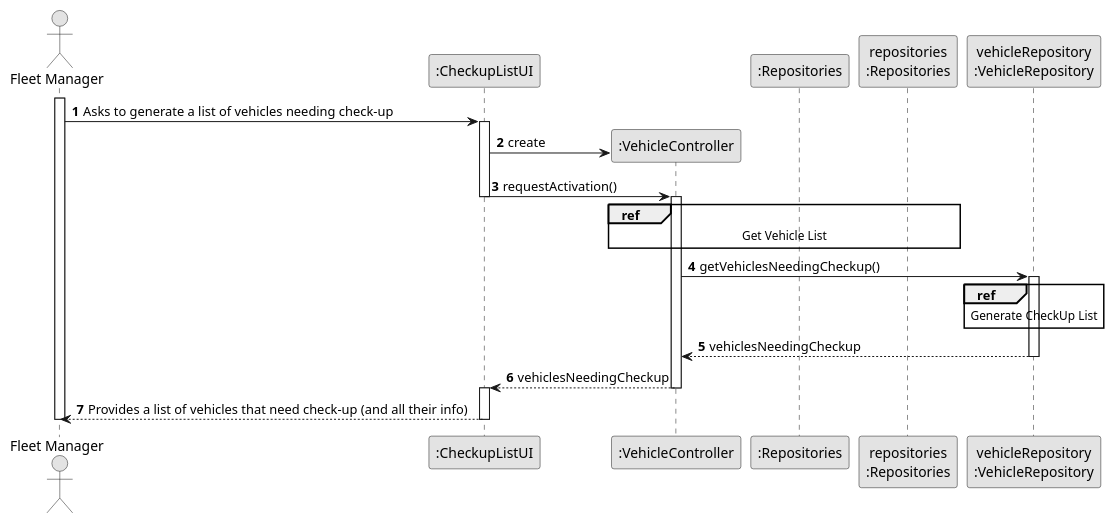
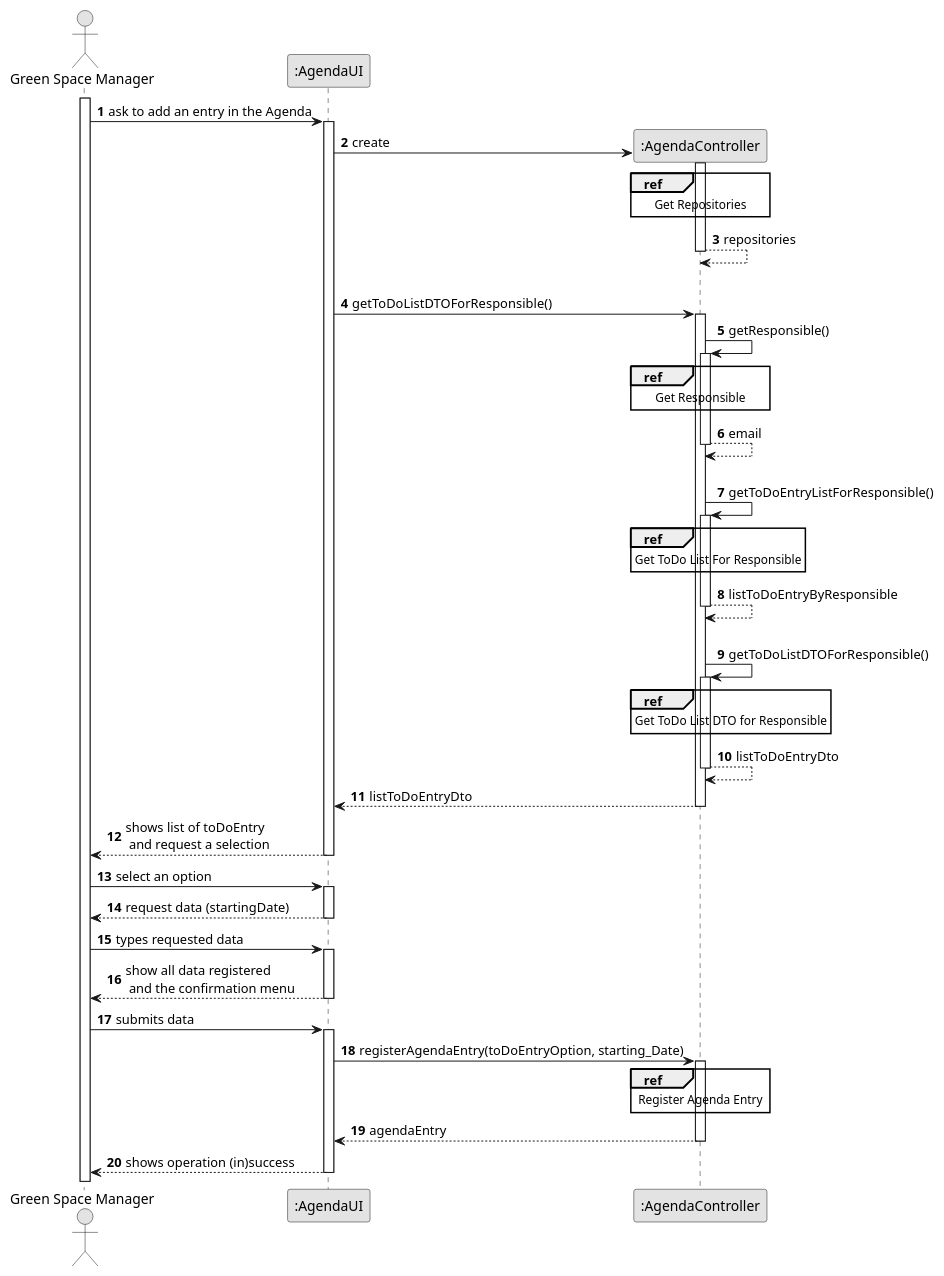
The diagram in docs/sprintC/us022/03.design/puml/us022-sequence-diagram-split.puml (SAEmanuel/Green_Spaces_Management_ISEP), drawn with PlantUML before and after one commit. The commit also changed other lines of this file and 21 other files, not shown here.

```diff
--- a/docs/sprintC/us022/03.design/puml/us022-sequence-diagram-split.puml
+++ b/docs/sprintC/us022/03.design/puml/us022-sequence-diagram-split.puml
@@ -1,53 +1,111 @@
 @startuml
 skinparam monochrome true
 skinparam packageStyle rectangle
 skinparam shadowing false
 
 autonumber
 
-actor "Fleet Manager" as FM
 
-participant ":CheckupListUI" as UI
-participant ":VehicleController" as CTRL
-participant ":Repositories" as RepositorySingleton
-participant "repositories\n:Repositories" as PLAT
-participant "vehicleRepository\n:VehicleRepository" as vehicleRepository
+actor "Green Space Manager" as Employee
 
-activate FM
+participant ":AgendaUI" as UI
+participant ":AgendaController" as CTRL
 
-FM -> UI : Asks to generate a list of vehicles needing check-up
-activate UI
 
-UI -> CTRL** : create
+activate Employee
 
-UI -> CTRL : requestActivation()
+    Employee -> UI : ask to add an entry in the Agenda
+    activate UI
 
-deactivate UI
+   UI -> CTRL** : create
 
-activate CTRL
+       activate CTRL
+
+            ref over CTRL
+                Get Repositories
+            end
+    CTRL --> CTRL : repositories
+       deactivate CTRL
+
+
+       |||
+
+
+       UI -> CTRL : getToDoListDTOForResponsible()
+        activate CTRL
+            CTRL -> CTRL : getResponsible()
+            activate CTRL
+
+              ref over CTRL
+                    Get Responsible
+              end
+              CTRL --> CTRL : email
+
+            deactivate CTRL
+
+            |||
+            CTRL -> CTRL : getToDoEntryListForResponsible()
+            activate CTRL
+
+                ref over CTRL
+                    Get ToDo List For Responsible
+                end
+
+
+                CTRL --> CTRL : listToDoEntryByResponsible
+            deactivate CTRL
+            |||
+
+       CTRL -> CTRL : getToDoListDTOForResponsible()
+       activate CTRL
+
+            ref over CTRL
+                Get ToDo List DTO for Responsible
+            end
+            CTRL --> CTRL : listToDoEntryDto
+       deactivate CTRL
+
+       CTRL --> UI : listToDoEntryDto
+        deactivate CTRL
+
+    deactivate CTRL
+
+
+       deactivate CTRL
+       UI --> Employee : shows list of toDoEntry\n and request a selection
+   deactivate UI
+
+    Employee -> UI : select an option
+
+    activate UI
+
+    UI --> Employee : request data (startingDate)
+    deactivate UI
+
+    Employee -> UI : types requested data
+
+
+    activate UI
+
+        UI --> Employee : show all data registered\n and the confirmation menu
+    deactivate UI
+
+    Employee -> UI : submits data
+    activate UI
+
+    UI -> CTRL : registerAgendaEntry(toDoEntryOption, starting_Date)
+    activate CTRL
+
+       ref over CTRL
+        Register Agenda Entry
+       end
 
 
 
+        CTRL --> UI :  agendaEntry
+    deactivate CTRL
 
-ref over CTRL, RepositorySingleton, PLAT : Get Vehicle List
-
-CTRL -> vehicleRepository : getVehiclesNeedingCheckup()
-
- activate vehicleRepository
-    ref over vehicleRepository : Generate CheckUp List
-
-
-
-
-
-vehicleRepository --> CTRL : vehiclesNeedingCheckup
-deactivate vehicleRepository
-
-CTRL --> UI : vehiclesNeedingCheckup
-deactivate CTRL
-activate UI
-UI --> FM : Provides a list of vehicles that need check-up (and all their info)
-deactivate UI
-deactivate FM
+    UI --> Employee : shows operation (in)success
+    deactivate UI
 
 @enduml
```
